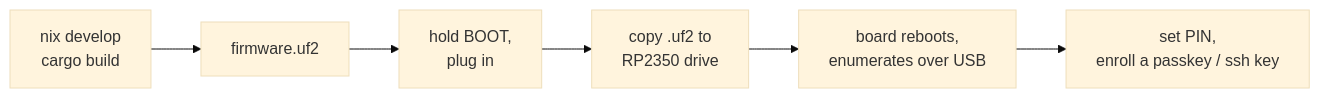
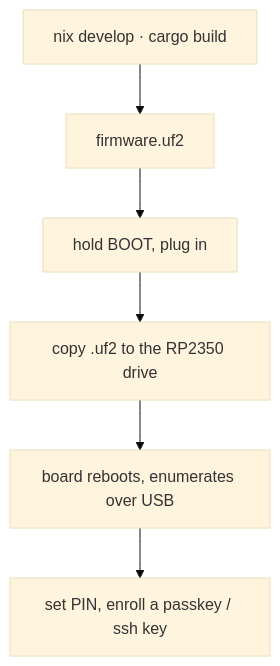
One commit to librekeys/RS-Key changed the diagram in docs/quickstart.md. Above: the diagram before and after it, drawn with Mermaid (base theme). The commit also changed 7 other files, not shown here.

First line of the commit message:
docs: make the Mermaid diagrams readable on the site

````diff
--- a/docs/quickstart.md
+++ b/docs/quickstart.md
@@ -9,6 +9,8 @@
 ```mermaid
-flowchart LR
-    a["nix develop<br/>cargo build"] --> b["firmware.uf2"]
-    b --> c["hold BOOT,<br/>plug in"] --> d["copy .uf2 to<br/>RP2350 drive"]
-    d --> e["board reboots,<br/>enumerates over USB"] --> f["set PIN,<br/>enroll a passkey / ssh key"]
+flowchart TD
+    a["nix develop · cargo build"] --> b["firmware.uf2"]
+    b --> c["hold BOOT, plug in"]
+    c --> d["copy .uf2 to the RP2350 drive"]
+    d --> e["board reboots, enumerates over USB"]
+    e --> f["set PIN, enroll a passkey / ssh key"]
 ```
````
